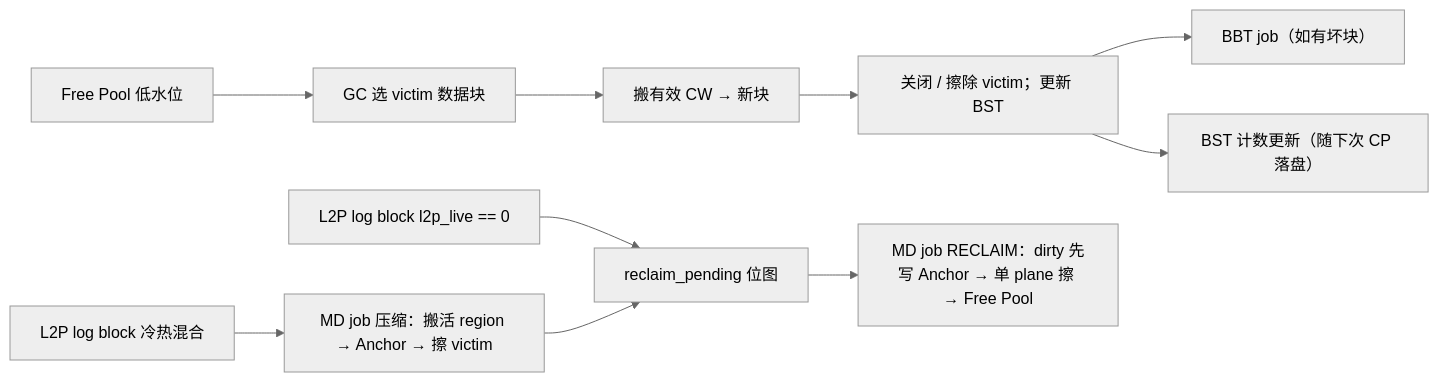
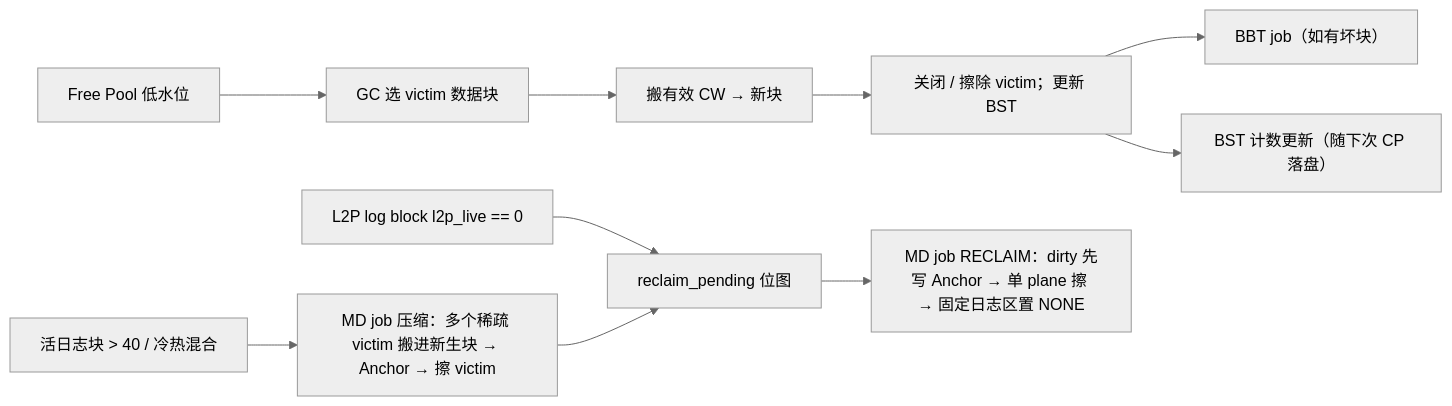
One commit to YzYMIAO/BASESSD changed the fifth of 32 diagrams in docs/design/ftl_design.md. Above: the diagram before and after it, drawn with Mermaid (neutral theme). The commit also changed other lines of this file and 2 other files, not shown here.

````diff
--- a/docs/design/ftl_design.md
+++ b/docs/design/ftl_design.md
@@ -907,12 +922,12 @@
 ```mermaid
 flowchart LR
     FP["Free Pool 低水位"] --> GC["GC 选 victim 数据块"]
     GC --> MV["搬有效 CW → 新块"]
     MV --> CL["关闭 / 擦除 victim；更新 BST"]
     CL --> BBTJ["BBT job（如有坏块）"]
     CL --> WJ["BST 计数更新（随下次 CP 落盘）"]
     L2P["L2P log block l2p_live == 0"] --> RP["reclaim_pending 位图"]
-    RP --> RJ["MD job RECLAIM：dirty 先写 Anchor → 单 plane 擦 → Free Pool"]
-    COLD["L2P log block 冷热混合"] --> MC["MD job 压缩：搬活 region → Anchor → 擦 victim"]
+    RP --> RJ["MD job RECLAIM：dirty 先写 Anchor → 单 plane 擦 → 固定日志区置 NONE"]
+    COLD["活日志块 > 40 / 冷热混合"] --> MC["MD job 压缩：多个稀疏 victim 搬进新生块 → Anchor → 擦 victim"]
     MC --> RP
 ```
````
